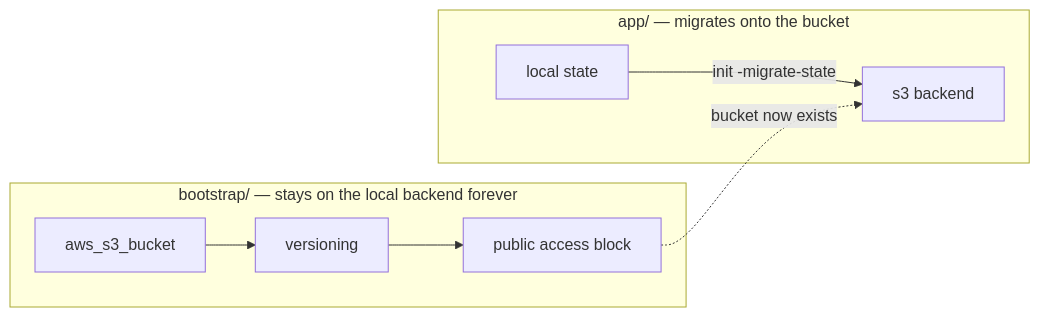
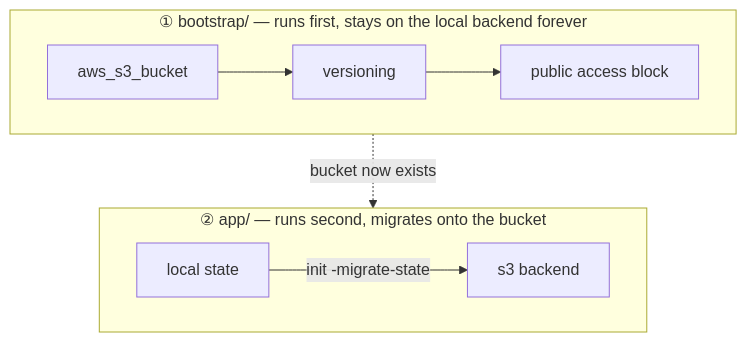
The first of 2 diagrams in docs/book/ch15-remote-state-backends.md (arindamchoudhury/terraform-gyan), drawn with Mermaid before and after one commit.

Commit message:
book: put the bootstrap step above the app step in the diagram
The bootstrap configuration runs first and was rendering below, which reads
backwards. Switched the flowchart to TB with an inner direction LR on each
subgraph, so the two stages stack in the order you run them while the resource
chains still read left to right, and numbered the subgraph titles.

Verified against the served page rather than by eye: the bootstrap cluster
renders at y=0 and the app cluster at y=325. A subgraph-to-subgraph edge does
not do this — with B ==> A both clusters landed at y=8, side by side. The edge
has to join nodes, so it runs from the public access block to the app's local
state.

````diff
--- a/docs/book/ch15-remote-state-backends.md
+++ b/docs/book/ch15-remote-state-backends.md
@@ -246,10 +246,12 @@
 ```mermaid
-flowchart LR
-    subgraph B["bootstrap/ — stays on the local backend forever"]
+flowchart TB
+    subgraph B["① bootstrap/ — runs first, stays on the local backend forever"]
+      direction LR
       B1["aws_s3_bucket"] --> B2["versioning"] --> B3["public access block"]
     end
-    subgraph A["app/ — migrates onto the bucket"]
+    subgraph A["② app/ — runs second, migrates onto the bucket"]
+      direction LR
       A1["local state"] -->|"init -migrate-state"| A2["s3 backend"]
     end
-    B3 -.->|"bucket now exists"| A2
+    B3 -.->|"bucket now exists"| A1
 ```
````
